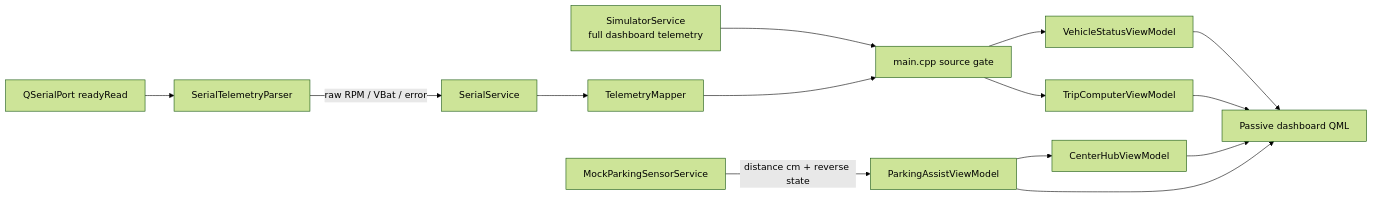
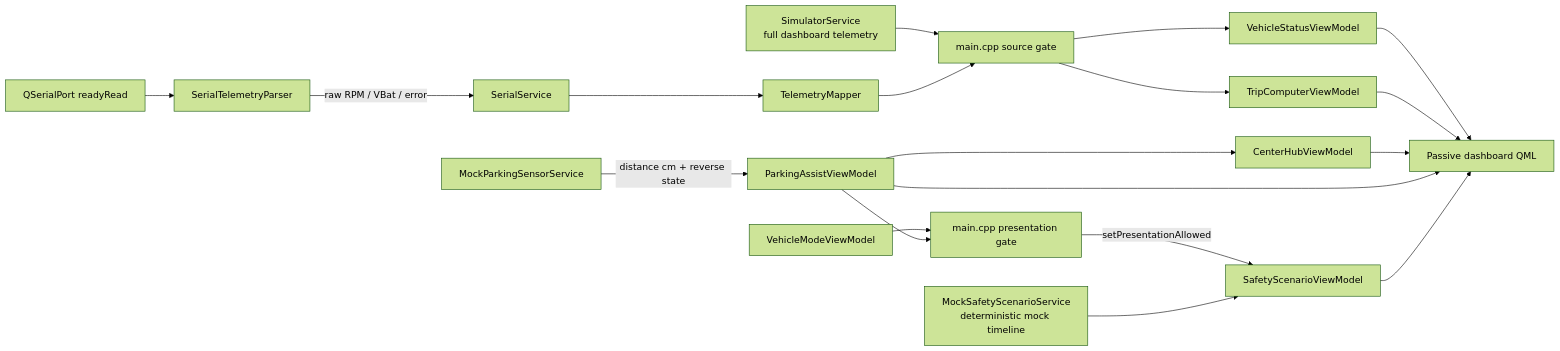
The diagram in docs/architecture.md (BUITANHUNG0411/CyberDash-STM32), drawn with Mermaid (forest theme) before and after one commit. The commit also changed other lines of this file and 35 other files, not shown here.

Commit message:
feat: polish parking assist and add safety lab

````diff
--- a/docs/architecture.md
+++ b/docs/architecture.md
@@ -30,16 +39,21 @@
 ```mermaid
 flowchart LR
     Simulator[SimulatorService<br/>full dashboard telemetry] --> Main[main.cpp source gate]
     Port[QSerialPort readyRead] --> Parser[SerialTelemetryParser]
     Parser -->|raw RPM / VBat / error| Serial[SerialService]
     Serial --> Mapper[TelemetryMapper]
     Mapper --> Main
     Main --> Status[VehicleStatusViewModel]
     Main --> Trip[TripComputerViewModel]
     ParkingSource[MockParkingSensorService] -->|distance cm + reverse state| Parking[ParkingAssistViewModel]
     Parking --> Hub[CenterHubViewModel]
+    VehicleMode[VehicleModeViewModel] --> SafetyGate[main.cpp presentation gate]
+    Parking --> SafetyGate
+    SafetyGate -->|setPresentationAllowed| Safety[SafetyScenarioViewModel]
+    SafetySource[MockSafetyScenarioService<br/>deterministic mock timeline] --> Safety
     Status --> DashboardQML[Passive dashboard QML]
     Trip --> DashboardQML
     Hub --> DashboardQML
     Parking --> DashboardQML
+    Safety --> DashboardQML
 ```
````
